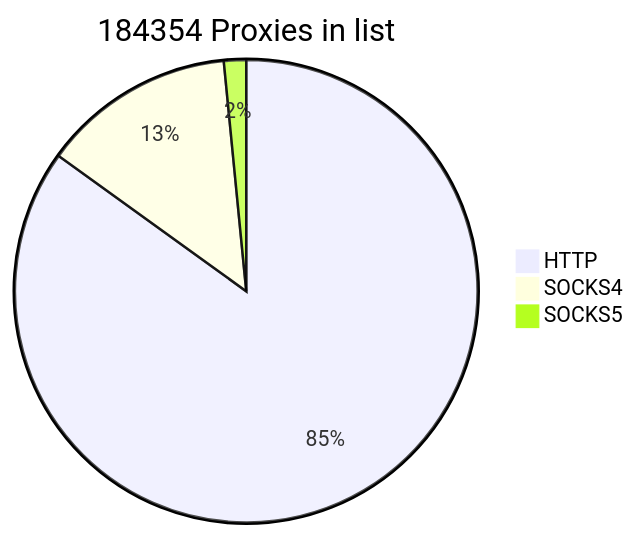
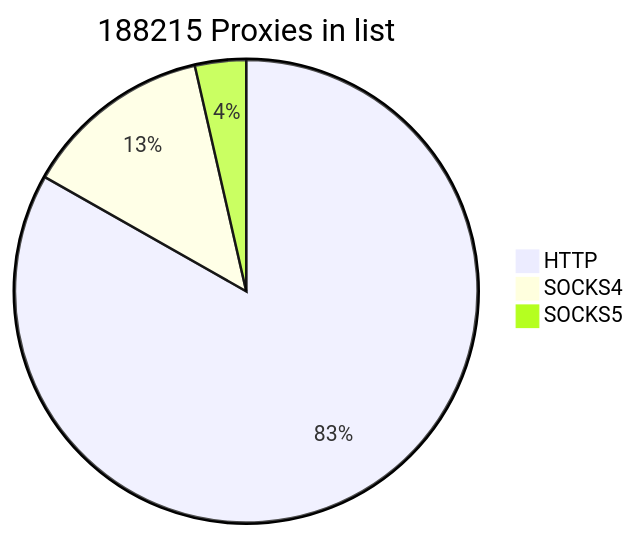
Before and after one commit to cutipu/proxylist: the first of 2 diagrams in README.md, drawn with Mermaid. The commit also changed other lines of this file, not shown here.

````diff
--- a/README.md
+++ b/README.md
@@ -2,7 +2,7 @@
 ```mermaid
-pie title 184354 Proxies in list
+pie title 188215 Proxies in list
     "HTTP" : 156611
-    "SOCKS4" : 24882
-    "SOCKS5" : 2861
+    "SOCKS4" : 24883
+    "SOCKS5" : 6721
             
 ```
````
